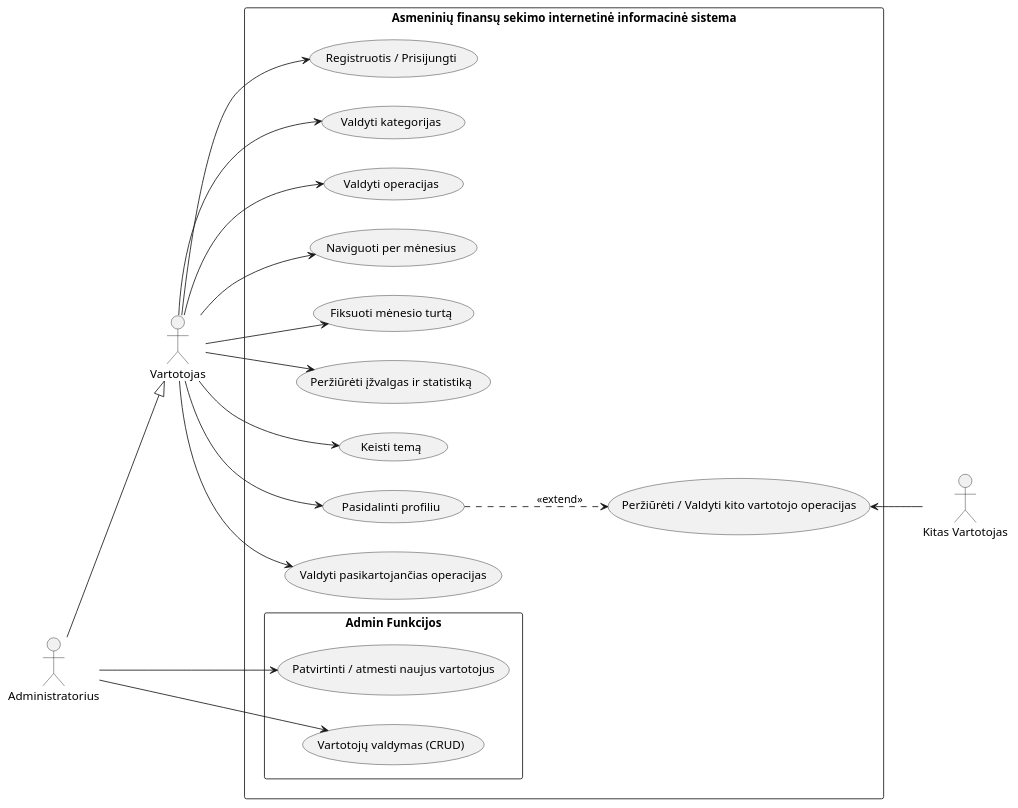
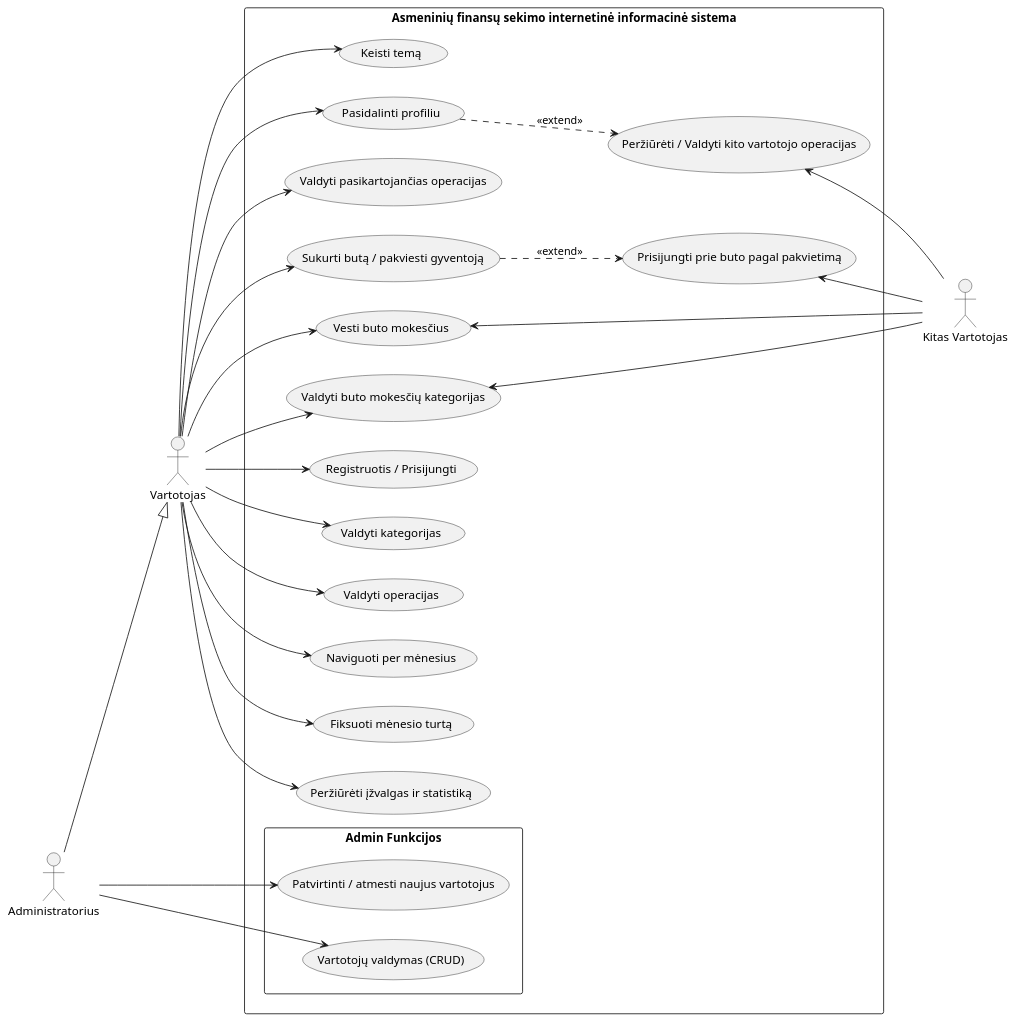
One commit to lukrencijus/finance-web-app changed the diagram in doc/use-case_updated.puml. Above: the diagram before and after it, drawn with PlantUML. The commit also changed 19 other files, not shown here.

```diff
--- a/doc/use-case_updated.puml
+++ b/doc/use-case_updated.puml
@@ -1,45 +1,57 @@
 @startuml
 left to right direction
 skinparam packageStyle rectangle
 
 actor "Vartotojas" as User
 actor "Kitas Vartotojas" as OtherUser
 actor "Administratorius" as Admin
 
 Admin --|> User
 
 package "Asmeninių finansų sekimo internetinė informacinė sistema" {
   usecase "Registruotis / Prisijungti" as UC1
   usecase "Valdyti kategorijas" as UC2
   usecase "Valdyti operacijas" as UC3
   usecase "Naviguoti per mėnesius" as UC4
   usecase "Fiksuoti mėnesio turtą" as UC5
   usecase "Peržiūrėti įžvalgas ir statistiką" as UC6
   usecase "Keisti temą" as UC7
   usecase "Pasidalinti profiliu" as UC8
   usecase "Peržiūrėti / Valdyti kito vartotojo operacijas" as UC9
   usecase "Valdyti pasikartojančias operacijas" as UC10
+  usecase "Vesti buto mokesčius" as UC11
+  usecase "Valdyti buto mokesčių kategorijas" as UC12
+  usecase "Sukurti butą / pakviesti gyventoją" as UC13
+  usecase "Prisijungti prie buto pagal pakvietimą" as UC14
 
   package "Admin Funkcijos" {
     usecase "Patvirtinti / atmesti naujus vartotojus" as UC_Approve
     usecase "Vartotojų valdymas (CRUD)" as UC_UserCRUD
   }
 }
 
 User --> UC1
 User --> UC2
 User --> UC3
 User --> UC4
 User --> UC5
 User --> UC6
 User --> UC7
 User --> UC8
 User --> UC10
+User --> UC11
+User --> UC12
+User --> UC13
 
 Admin --> UC_Approve
 Admin --> UC_UserCRUD
 
 UC8 ..> UC9 : <<extend>>
 UC9 <-- OtherUser
 
+UC13 ..> UC14 : <<extend>>
+UC14 <-- OtherUser
+OtherUser --> UC11
+OtherUser --> UC12
+
 @enduml
```
